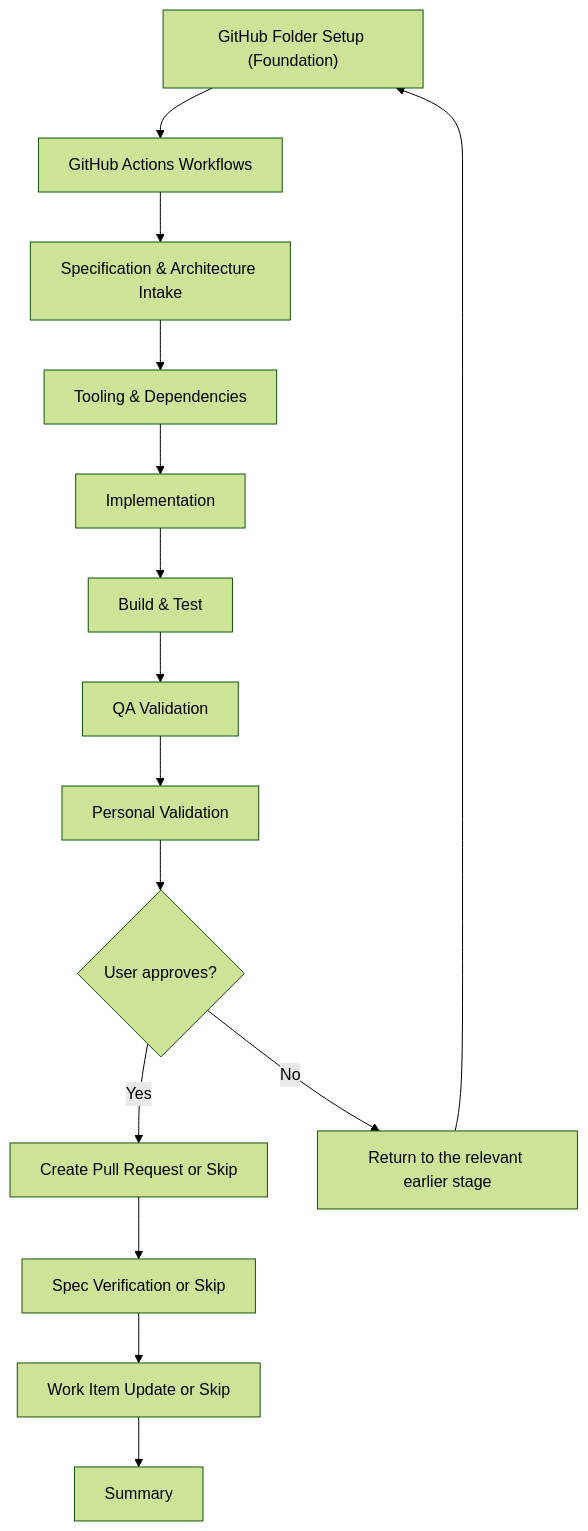
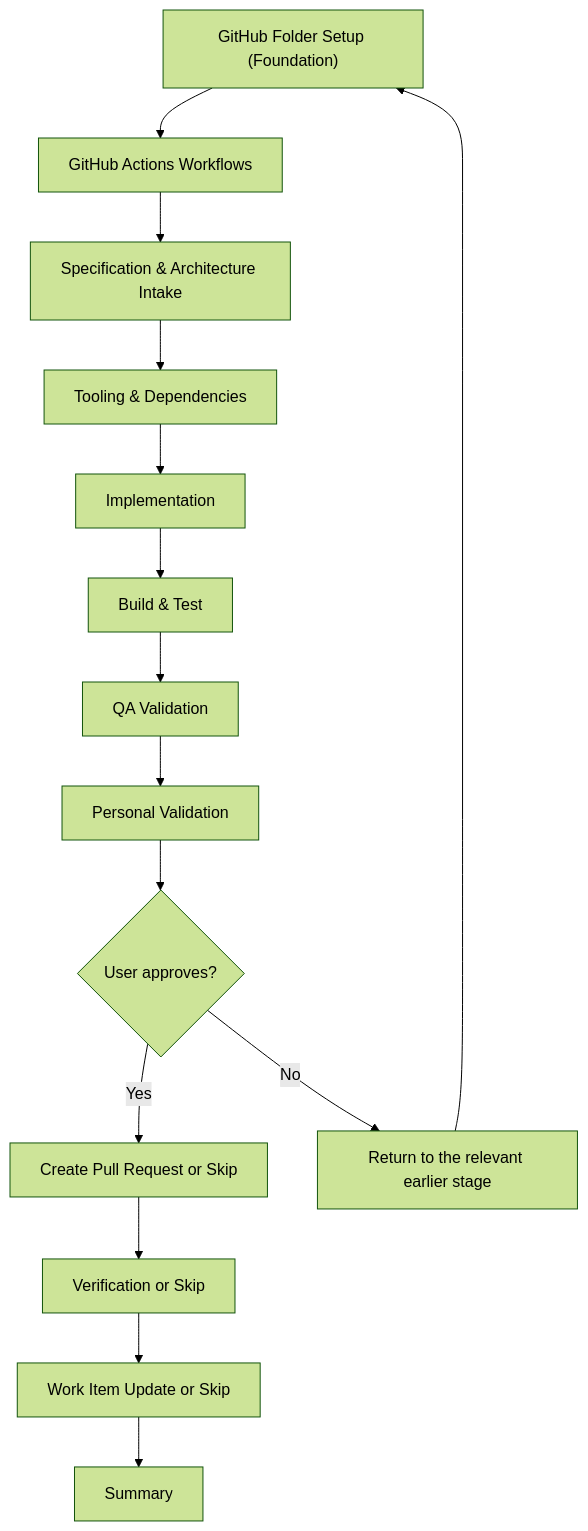
The second of 16 diagrams in plugins/delivery/FLOW-DIAGRAMS.md (JSdotNet/devbook), drawn with Mermaid (forest theme) before and after one commit. The commit also changed other lines of this file and 30 other files, not shown here.

````diff
--- a/plugins/delivery/FLOW-DIAGRAMS.md
+++ b/plugins/delivery/FLOW-DIAGRAMS.md
@@ -50,17 +50,17 @@
 ```mermaid
 flowchart TD
     A["GitHub Folder Setup (Foundation)"] --> B["GitHub Actions Workflows"]
     B --> C["Specification & Architecture Intake"]
     C --> D["Tooling & Dependencies"]
     D --> E["Implementation"]
     E --> F["Build & Test"]
     F --> G["QA Validation"]
     G --> H["Personal Validation"]
     H --> I{User approves?}
     I -->|Yes| J["Create Pull Request or Skip"]
     I -->|No| K["Return to the relevant earlier stage"]
     K --> A
-    J --> DU["Spec Verification or Skip"]
+    J --> DU["Verification or Skip"]
     DU --> U["Work Item Update or Skip"]
     U --> L["Summary"]
 ```
````
